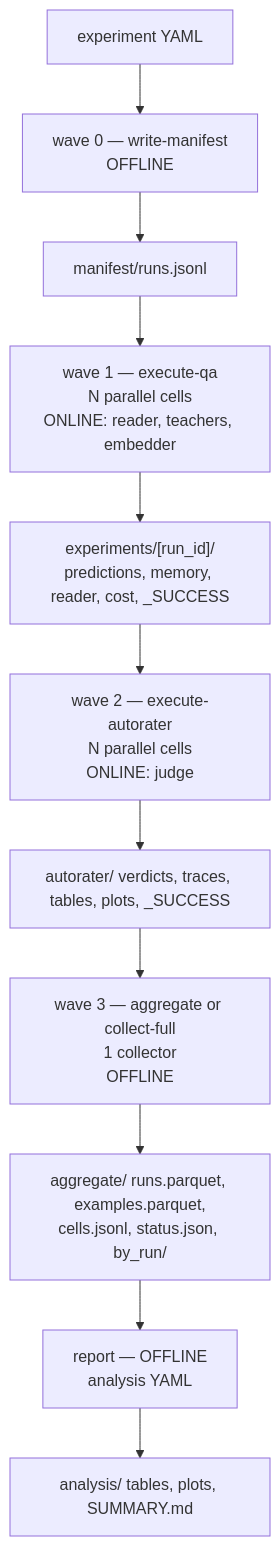
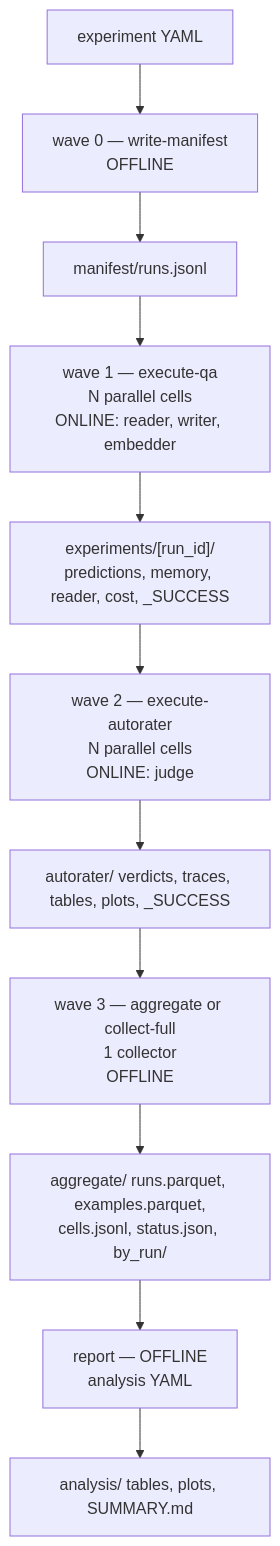
The seventh of 12 diagrams in README.md (park-jsdev/long-term-memory-eval), drawn with Mermaid before and after one commit. The commit also changed other lines of this file and 213 other files, not shown here.

````diff
--- a/README.md
+++ b/README.md
@@ -349,17 +358,17 @@
 ```mermaid
 flowchart TB
   Y["experiment YAML"] --> WM["wave 0 — write-manifest<br/>OFFLINE"]
   WM --> M["manifest/runs.jsonl"]
 
-  M --> QA["wave 1 — execute-qa<br/>N parallel cells<br/>ONLINE: reader, teachers, embedder"]
+  M --> QA["wave 1 — execute-qa<br/>N parallel cells<br/>ONLINE: reader, writer, embedder"]
   QA --> RP["experiments/[run_id]/<br/>predictions, memory, reader, cost, _SUCCESS"]
 
   RP --> AU["wave 2 — execute-autorater<br/>N parallel cells<br/>ONLINE: judge"]
   AU --> AP["autorater/ verdicts, traces, tables, plots, _SUCCESS"]
 
   AP --> AG["wave 3 — aggregate or collect-full<br/>1 collector<br/>OFFLINE"]
   AG --> PQ["aggregate/ runs.parquet, examples.parquet,<br/>cells.jsonl, status.json, by_run/"]
 
   PQ --> RE["report — OFFLINE<br/>analysis YAML"]
   RE --> AN["analysis/ tables, plots, SUMMARY.md"]
 ```
````
